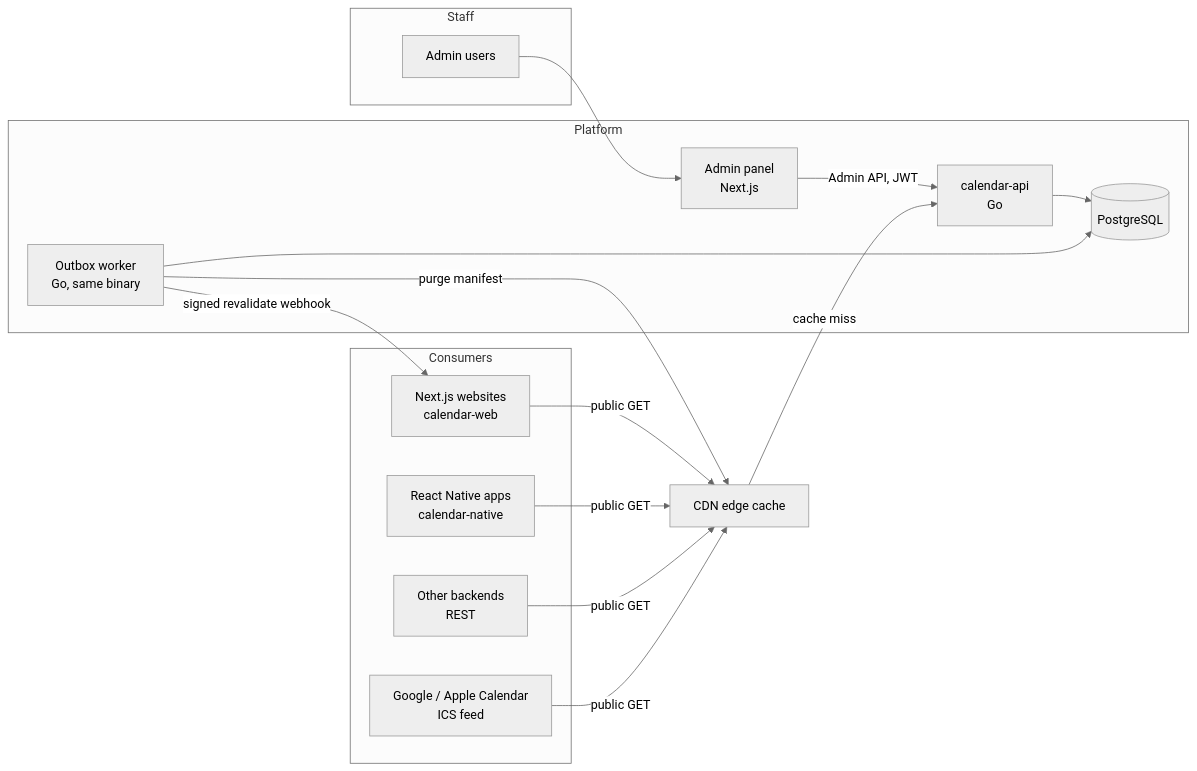
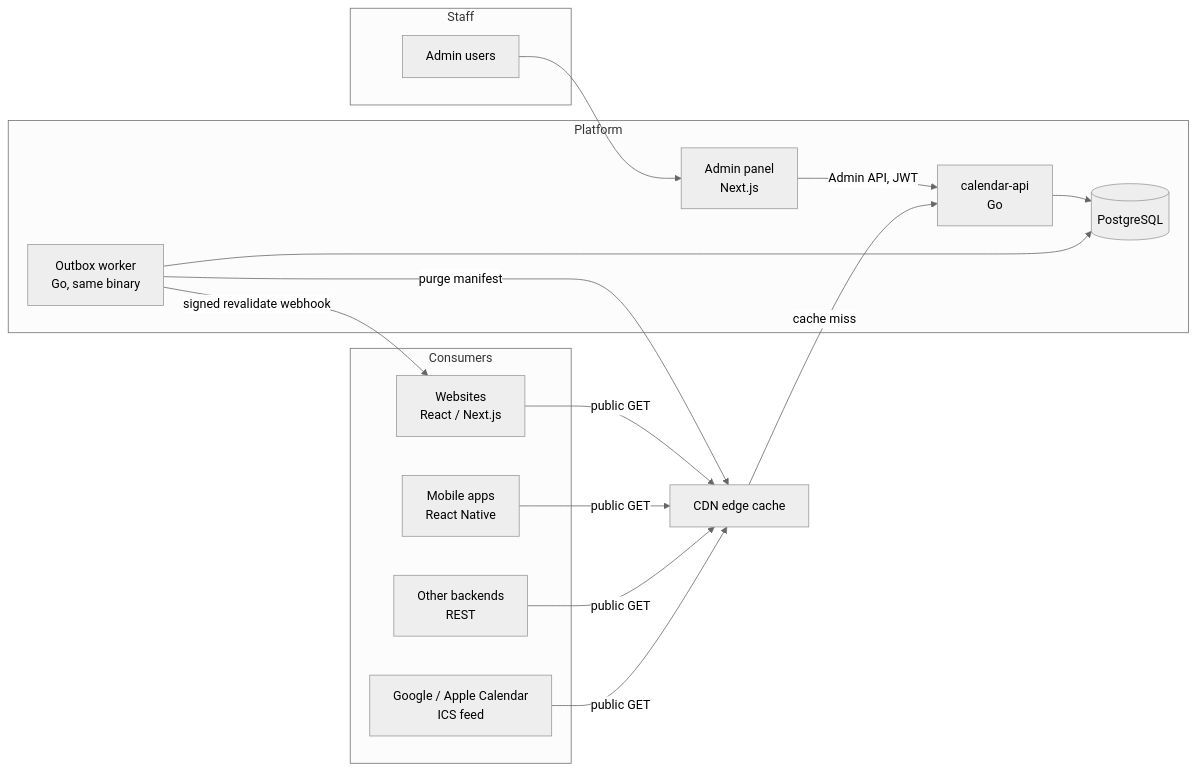
One commit to Sarojdhakal307/bs-calendar changed the diagram in docs/architecture.md. Above: the diagram before and after it, drawn with Mermaid (neutral theme). The commit also changed other lines of this file and 30 other files, not shown here.

````diff
--- a/docs/architecture.md
+++ b/docs/architecture.md
@@ -82,31 +82,31 @@
 ```mermaid
 flowchart LR
   subgraph Staff
     A["Admin users"]
   end
   subgraph Platform
     ADM["Admin panel<br/>Next.js"]
     API["calendar-api<br/>Go"]
     DB[("PostgreSQL")]
     W["Outbox worker<br/>Go, same binary"]
   end
   CDN["CDN edge cache"]
   subgraph Consumers
-    WEB["Next.js websites<br/>calendar-web"]
-    APP["React Native apps<br/>calendar-native"]
+    WEB["Websites<br/>React / Next.js"]
+    APP["Mobile apps<br/>React Native"]
     SRV["Other backends<br/>REST"]
     ICS["Google / Apple Calendar<br/>ICS feed"]
   end
 
   A --> ADM
   ADM -- "Admin API, JWT" --> API
   API --> DB
   W --> DB
   WEB -- "public GET" --> CDN
   APP -- "public GET" --> CDN
   SRV -- "public GET" --> CDN
   ICS -- "public GET" --> CDN
   CDN -- "cache miss" --> API
   W -- "signed revalidate webhook" --> WEB
   W -- "purge manifest" --> CDN
 ```
````
